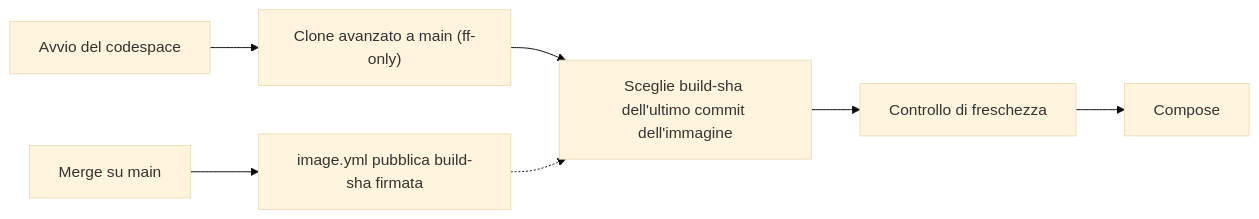
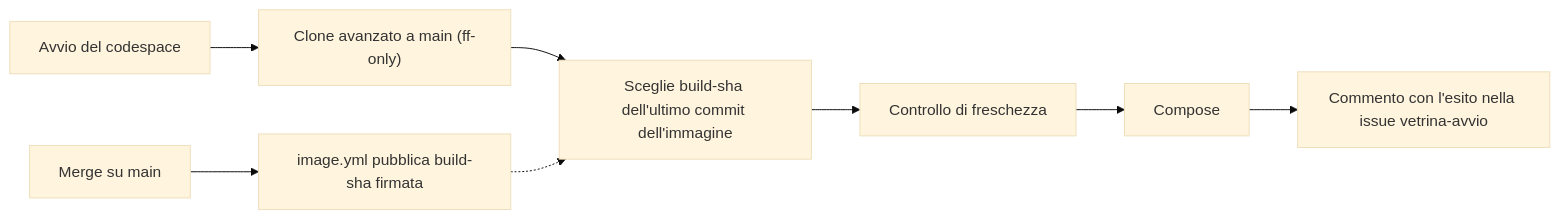
One commit to peppe-ruv/Loyalty_Sys changed the second of 12 diagrams in concetti/vetrina-enterprise.mdx. Above: the diagram before and after it, drawn with Mermaid (base theme). The commit also changed other lines of this file and 14 other files, not shown here.

First line of the commit message:
feat(vetrina): registro di avvio su GitHub e inattività a 240 minuti [F2-DIST-09, ADR-050, Q-729, docs/18 M8.14] (#255)

````diff
--- a/concetti/vetrina-enterprise.mdx
+++ b/concetti/vetrina-enterprise.mdx
@@ -68,11 +69,12 @@
 ```mermaid
 flowchart LR
   accTitle: La vetrina segue main
-  accDescr: Un merge su main fa pubblicare a image.yml l'immagine build-commit firmata. All'avvio del codespace il clone avanza in fast-forward a main, la vetrina sceglie la build-commit dell'ultimo commit che ha toccato l'immagine, ne verifica la freschezza rispetto agli script e solo allora avvia il compose.
+  accDescr: Un merge su main fa pubblicare a image.yml l'immagine build-commit firmata. All'avvio del codespace il clone avanza in fast-forward a main, la vetrina sceglie la build-commit dell'ultimo commit che ha toccato l'immagine, ne verifica la freschezza rispetto agli script e solo allora avvia il compose; a fine avvio, con qualunque esito, pubblica un commento con l'esito nella issue vetrina-avvio.
   A["Merge su main"] --> B["image.yml pubblica build-sha firmata"]
   C["Avvio del codespace"] --> D["Clone avanzato a main (ff-only)"]
   D --> E["Sceglie build-sha dell'ultimo commit dell'immagine"]
   B -.-> E
   E --> F["Controllo di freschezza"]
   F --> G["Compose"]
+  G --> H["Commento con l'esito nella issue vetrina-avvio"]
 ```
````
